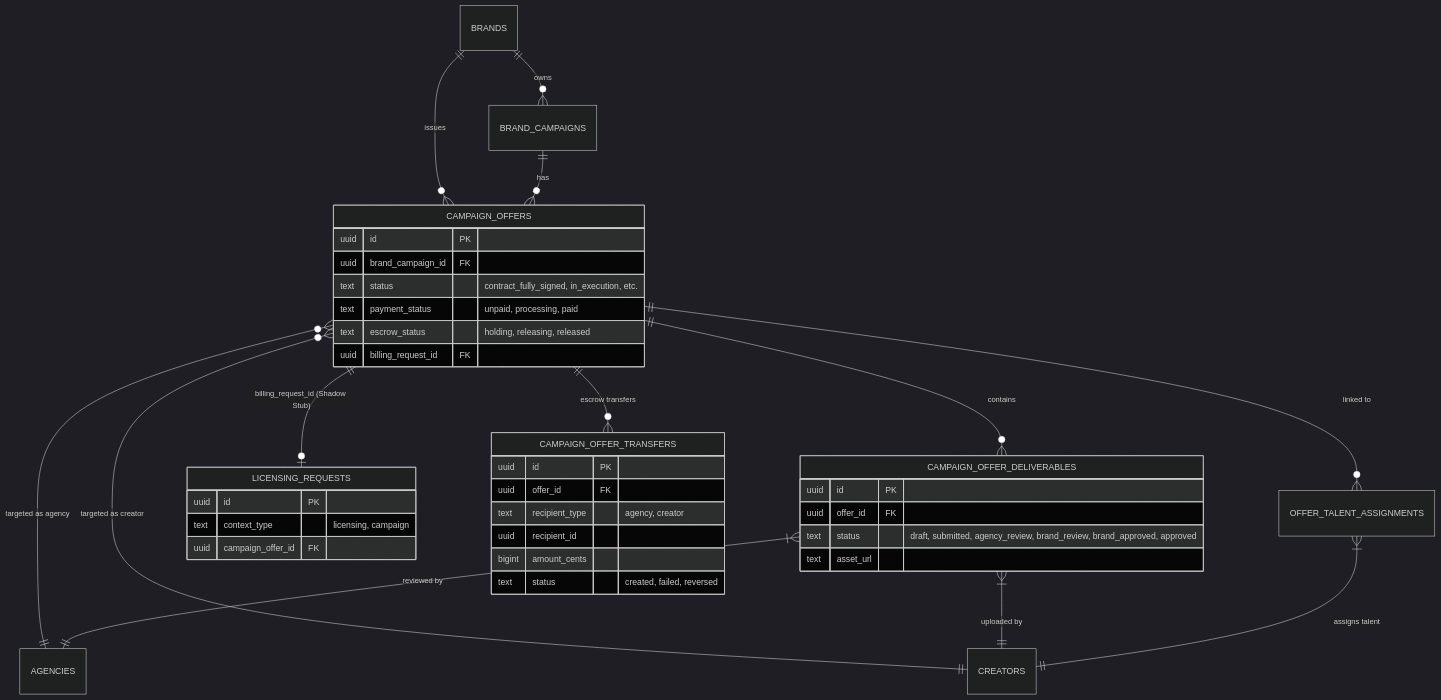
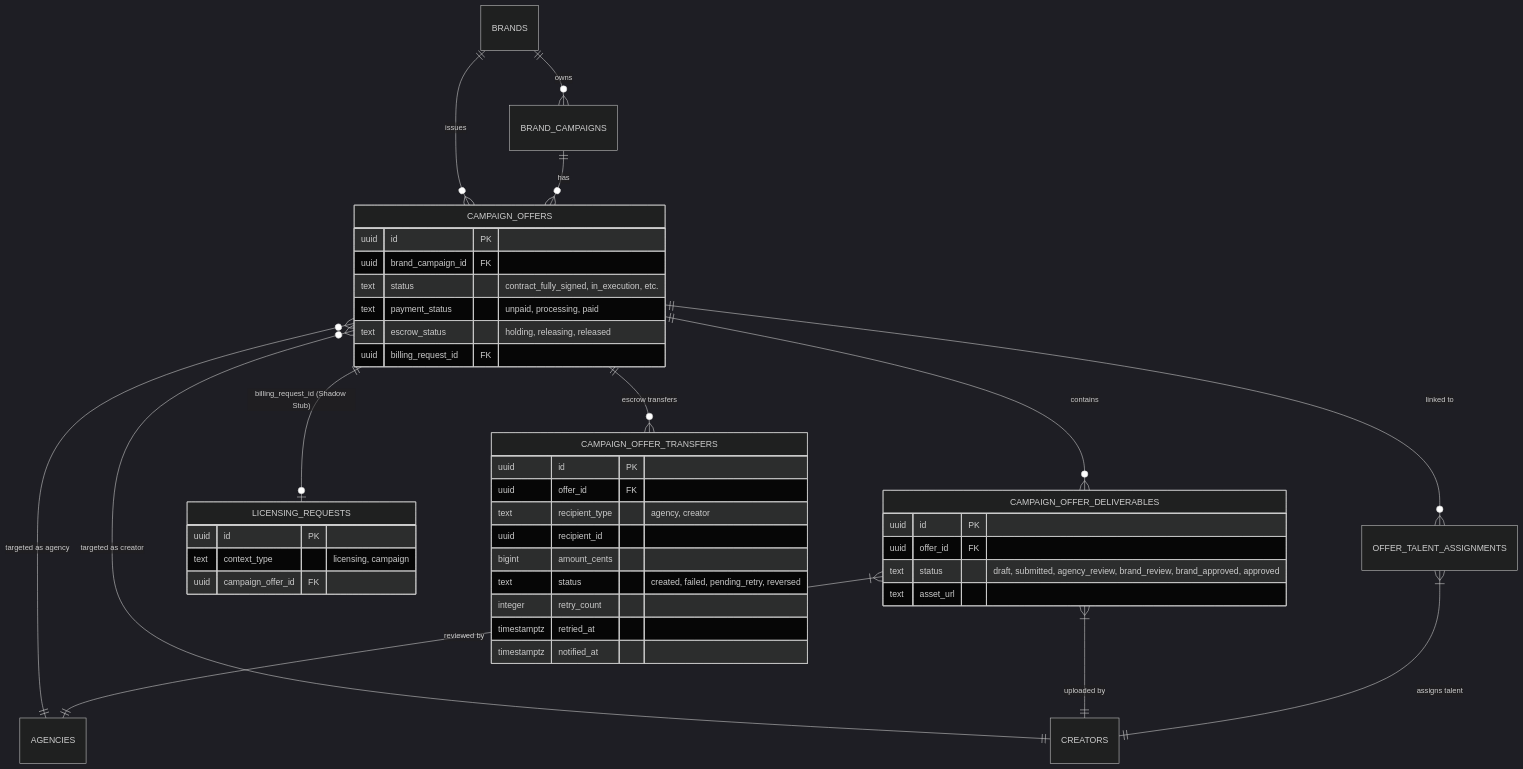
The first of 2 diagrams in docs/repository_architecture.md (ADORSYS-GIS/likelee-ai), drawn with Mermaid (dark theme) before and after one commit. The commit also changed other lines of this file and 8 other files, not shown here.

````diff
--- a/docs/repository_architecture.md
+++ b/docs/repository_architecture.md
@@ -9,50 +9,53 @@
 ```mermaid
 erDiagram
     BRANDS ||--o{ BRAND_CAMPAIGNS : "owns"
     BRAND_CAMPAIGNS ||--o{ CAMPAIGN_OFFERS : "has"
     BRANDS ||--o{ CAMPAIGN_OFFERS : "issues"
 
     CAMPAIGN_OFFERS ||--o{ CAMPAIGN_OFFER_DELIVERABLES : "contains"
     CAMPAIGN_OFFERS ||--o{ OFFER_TALENT_ASSIGNMENTS : "linked to"
     CAMPAIGN_OFFERS ||--o| LICENSING_REQUESTS : "billing_request_id (Shadow Stub)"
     CAMPAIGN_OFFERS ||--o{ CAMPAIGN_OFFER_TRANSFERS : "escrow transfers"
 
     AGENCIES ||--o{ CAMPAIGN_OFFERS : "targeted as agency"
     CREATORS ||--o{ CAMPAIGN_OFFERS : "targeted as creator"
 
     OFFER_TALENT_ASSIGNMENTS }|--|| CREATORS : "assigns talent"
 
     CAMPAIGN_OFFER_DELIVERABLES }|--|| AGENCIES : "reviewed by"
     CAMPAIGN_OFFER_DELIVERABLES }|--|| CREATORS : "uploaded by"
 
     CAMPAIGN_OFFERS {
         uuid id PK
         uuid brand_campaign_id FK
         text status "contract_fully_signed, in_execution, etc."
         text payment_status "unpaid, processing, paid"
         text escrow_status "holding, releasing, released"
         uuid billing_request_id FK
     }
 
     LICENSING_REQUESTS {
         uuid id PK
         text context_type "licensing, campaign"
         uuid campaign_offer_id FK
     }
 
     CAMPAIGN_OFFER_DELIVERABLES {
         uuid id PK
         uuid offer_id FK
         text status "draft, submitted, agency_review, brand_review, brand_approved, approved"
         text asset_url
     }
 
     CAMPAIGN_OFFER_TRANSFERS {
         uuid id PK
         uuid offer_id FK
         text recipient_type "agency, creator"
         uuid recipient_id
         bigint amount_cents
-        text status "created, failed, reversed"
+        text status "created, failed, pending_retry, reversed"
+        integer retry_count
+        timestamptz retried_at
+        timestamptz notified_at
     }
 ```
````
